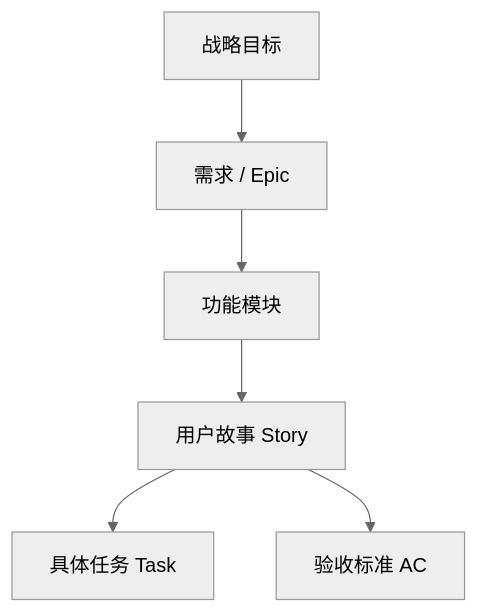
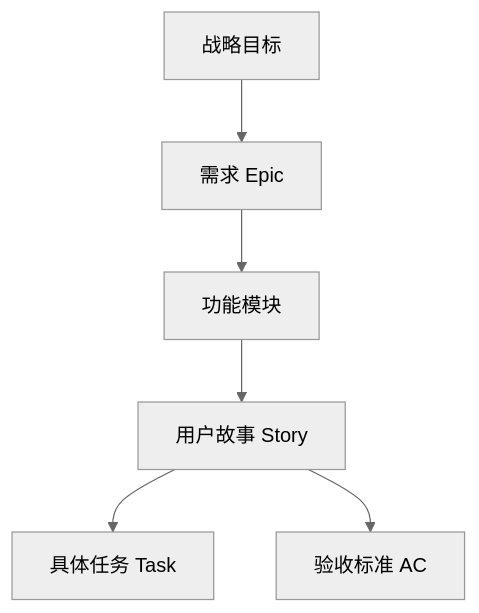
The fifth of 7 diagrams in 计算机相关学习/需求/需求拆分和需求分析.md (Sj-g/obsidian), drawn with Mermaid (neutral theme) before and after one commit. The commit also changed other lines of this file and 4 other files, not shown here.

````diff
--- a/计算机相关学习/需求/需求拆分和需求分析.md
+++ b/计算机相关学习/需求/需求拆分和需求分析.md
@@ -160,8 +191,8 @@
 ```mermaid
 flowchart TD
-    A[战略目标] --> B[需求 / Epic]
+    A[战略目标] --> B[需求 Epic]
     B --> C[功能模块]
     C --> D[用户故事 Story]
     D --> E[具体任务 Task]
     D --> F[验收标准 AC]
 ```
````
